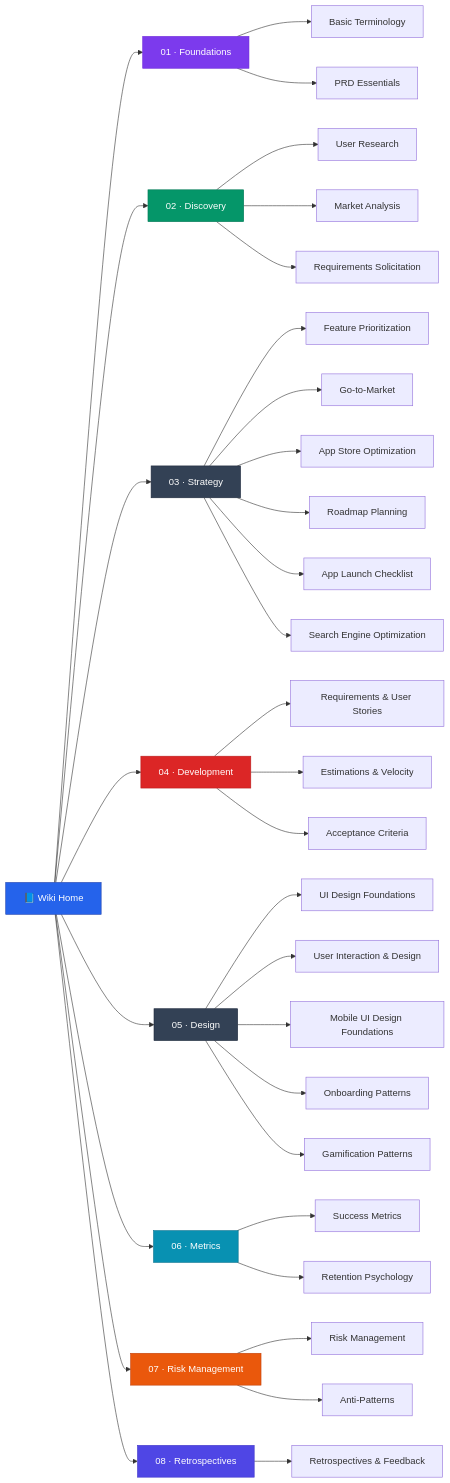
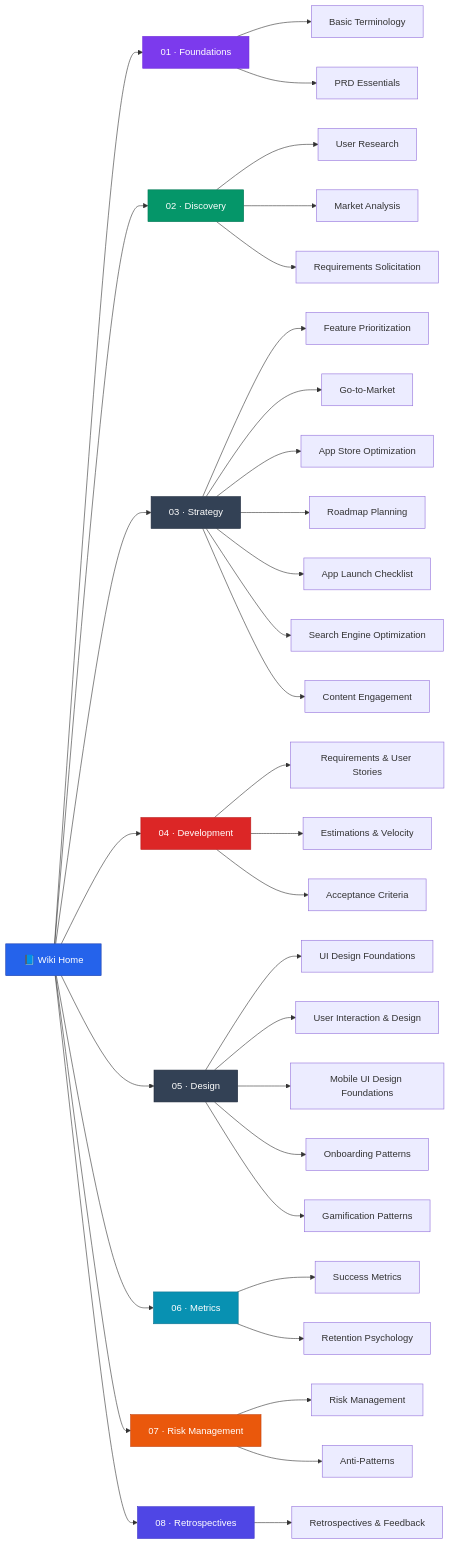
The diagram in README.md (DimKouts84/product_management_development_wiki), drawn with Mermaid before and after one commit. The commit also changed other lines of this file and 21 other files, not shown here.

First line of the commit message:
feat: add Content Engagement strategy section and integrate references across documentation

````diff
--- a/README.md
+++ b/README.md
@@ -23,53 +23,54 @@
 ```mermaid
 graph LR
     HOME["📘 Wiki Home"] --> F["01 · Foundations"]
     HOME --> D["02 · Discovery"]
     HOME --> S["03 · Strategy"]
     HOME --> DEV["04 · Development"]
     HOME --> DES["05 · Design"]
     HOME --> M["06 · Metrics"]
     HOME --> R["07 · Risk Management"]
     HOME --> RET["08 · Retrospectives"]
 
     F --> F1["Basic Terminology"]
     F --> F2["PRD Essentials"]
 
     D --> D1["User Research"]
     D --> D2["Market Analysis"]
     D --> D3["Requirements Solicitation"]
 
     S --> S1["Feature Prioritization"]
     S --> S2["Go-to-Market"]
     S --> S3["App Store Optimization"]
     S --> S4["Roadmap Planning"]
     S --> S5["App Launch Checklist"]
     S --> S6["Search Engine Optimization"]
+    S --> S7["Content Engagement"]
 
     DEV --> DEV1["Requirements & User Stories"]
     DEV --> DEV2["Estimations & Velocity"]
     DEV --> DEV3["Acceptance Criteria"]
 
     DES --> DES1["UI Design Foundations"]
     DES --> DES2["User Interaction & Design"]
     DES --> DES3["Mobile UI Design Foundations"]
     DES --> DES4["Onboarding Patterns"]
     DES --> DES5["Gamification Patterns"]
 
     M --> M1["Success Metrics"]
     M --> M2["Retention Psychology"]
 
     R --> R1["Risk Management"]
     R --> R2["Anti-Patterns"]
 
     RET --> RET1["Retrospectives & Feedback"]
 
     style HOME fill:#2563eb,stroke:#1e40af,color:#fff
     style F fill:#7c3aed,stroke:#6d28d9,color:#fff
     style D fill:#059669,stroke:#047857,color:#fff
     style S fill:#334155,stroke:#1e293b,color:#fff
     style DEV fill:#dc2626,stroke:#b91c1c,color:#fff
     style DES fill:#334155,stroke:#1e293b,color:#fff
     style M fill:#0891b2,stroke:#0e7490,color:#fff
     style R fill:#ea580c,stroke:#c2410c,color:#fff
     style RET fill:#4f46e5,stroke:#4338ca,color:#fff
 ```
````
